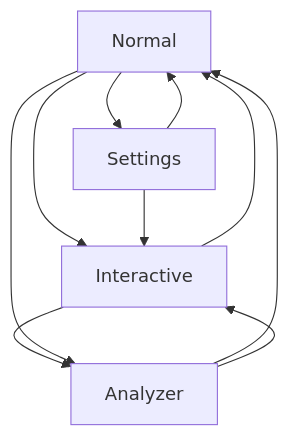
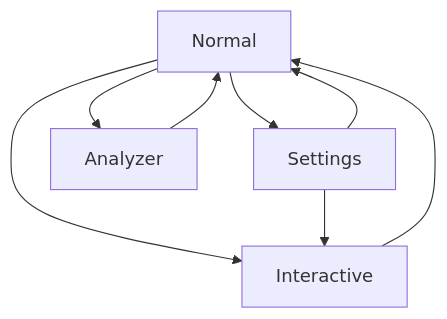
Before and after one commit to rincewound/klemme: the diagram in readme.md, drawn with Mermaid. The commit also changed other lines of this file and 4 other files, not shown here.

````diff
--- a/readme.md
+++ b/readme.md
@@ -19,12 +19,10 @@
 ```mermaid
 flowchart
 Normal --> Settings
+Normal --> Interactive
+Normal --> Analyzer
 Settings --> Normal
-Normal --> Interactive
+Settings --> Interactive
 Interactive --> Normal
-Interactive --> Analyzer
 Analyzer --> Normal
-Analyzer --> Interactive
-Settings --> Interactive
-Normal --> Analyzer
 ```
````
